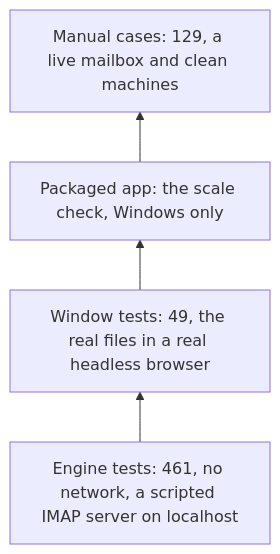
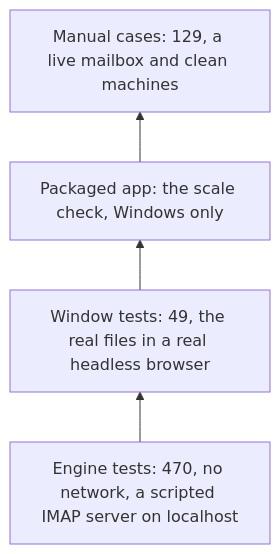
One commit to SarangVehale/email-todolist changed the first of 2 diagrams in docs/testing/strategy.md. Above: the diagram before and after it, drawn with Mermaid. The commit also changed other lines of this file and 37 other files, not shown here.

````diff
--- a/docs/testing/strategy.md
+++ b/docs/testing/strategy.md
@@ -24,6 +24,6 @@
 ```mermaid
 flowchart BT
-    E["Engine tests: 461, no network, a scripted IMAP server on localhost"] --> W["Window tests: 49, the real files in a real headless browser"]
+    E["Engine tests: 470, no network, a scripted IMAP server on localhost"] --> W["Window tests: 49, the real files in a real headless browser"]
     W --> P["Packaged app: the scale check, Windows only"]
     P --> M["Manual cases: 129, a live mailbox and clean machines"]
 ```
````
